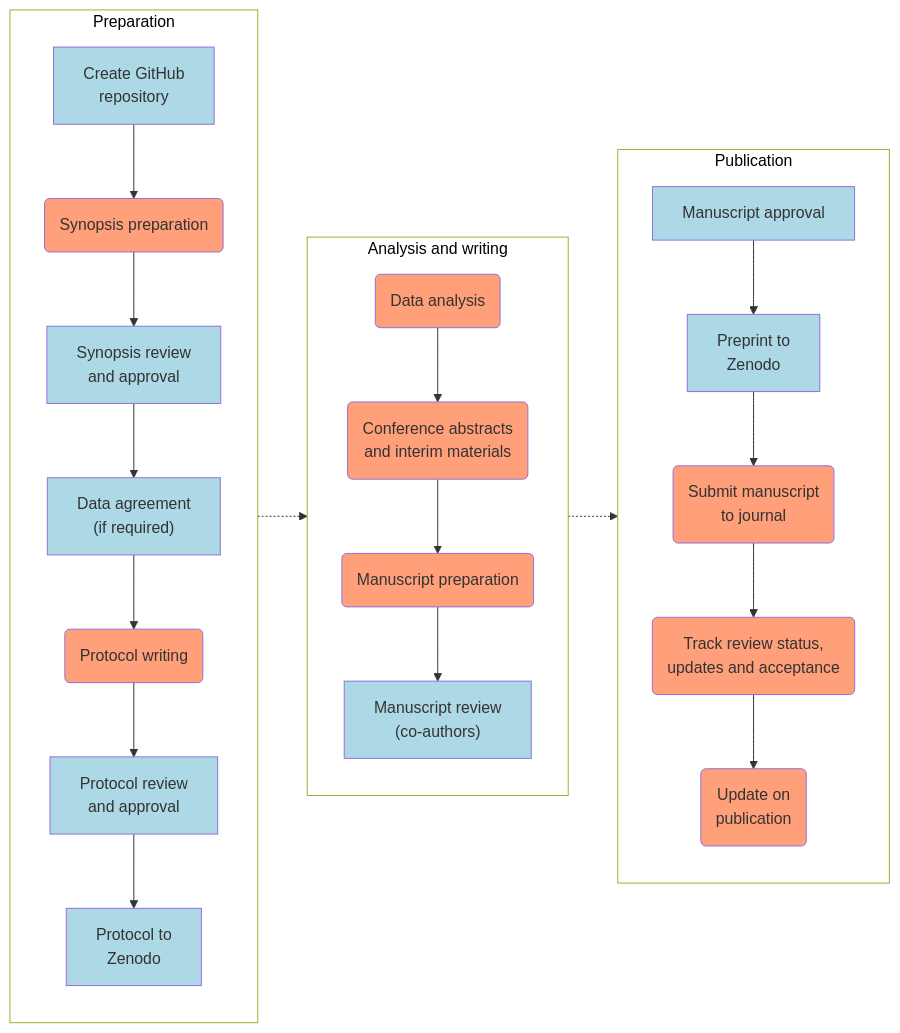
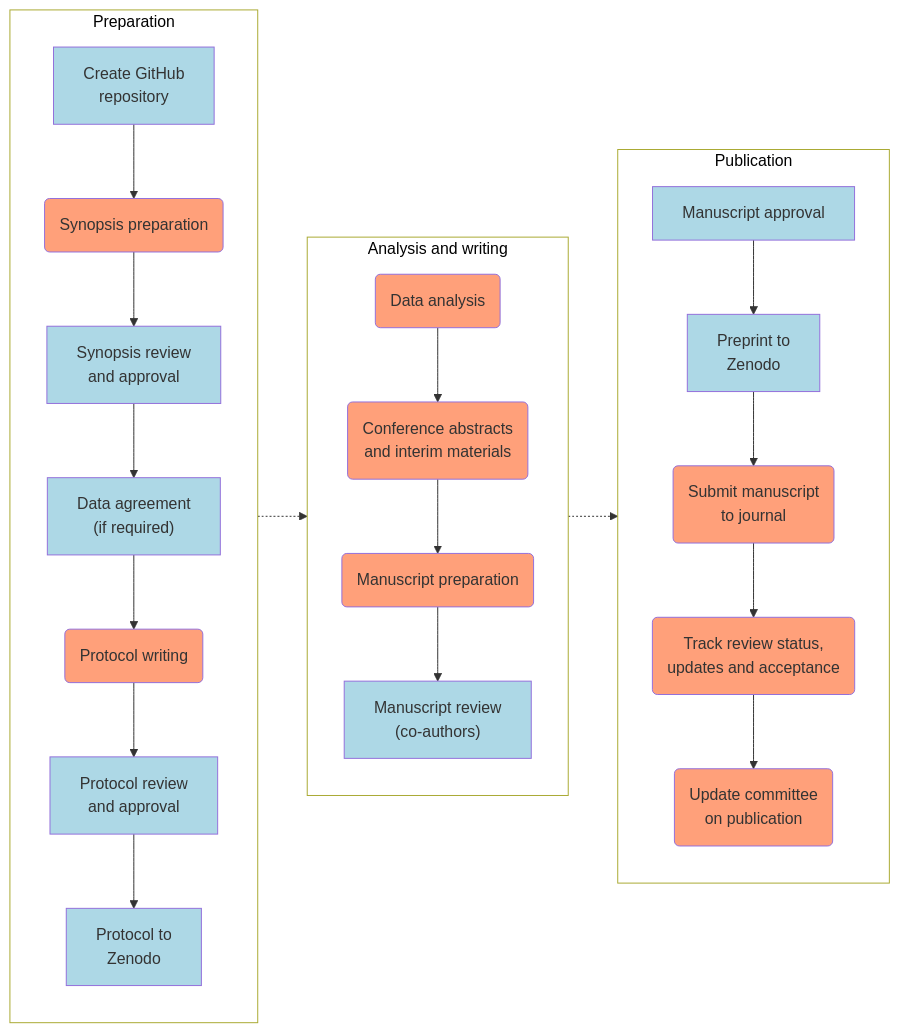
One commit to dp-next/wp1-ros changed the diagram in managing/publishing.qmd. Above: the diagram before and after it, drawn with Mermaid. The commit also changed other lines of this file, not shown here.

````diff
--- a/managing/publishing.qmd
+++ b/managing/publishing.qmd
@@ -132,43 +12,43 @@
 ```{mermaid}
 %%| label: fig-publication-steps
 %%| fig-cap: "Publication steps to follow during the life cycle of a DP-Next project. The rounded boxes in orange are tasks you are responsible for doing. The rectangular ones in light blue are for the committee members to do."
 %%| fig-alt: "Boxes and arrows indicating the flow of tasks from preparation to publication. The boxes are colored according to whether they are the responsibility of the authors or the committee members. These tasks are visual representations of the text below."
 graph LR
     subgraph S1["Preparation"]
       A["Create GitHub<br>repository"]:::ours
       B1("Synopsis preparation"):::yours
       B2["Synopsis review<br>and approval"]:::ours
       C["Data agreement<br>(if required)"]:::ours
       D1("Protocol writing"):::yours
       D2["Protocol review<br>and approval"]:::ours
       D3["Protocol to<br>Zenodo"]:::ours
       A --> B1 --> B2 --> C --> D1 --> D2 --> D3
     end
 
     subgraph S2["Analysis and writing"]
       E("Data analysis"):::yours
       F("Conference abstracts<br>and interim materials"):::yours
       G1("Manuscript preparation"):::yours
       G2["Manuscript review<br>(co-authors)"]:::ours
       E --> F --> G1 --> G2
     end
 
     subgraph S3["Publication"]
       H1["Manuscript approval"]:::ours
       H2["Preprint to<br>Zenodo"]:::ours
       I["GitHub repository<br>to Zenodo"]:::ours
       I("Submit manuscript<br>to journal"):::yours
       J("Track review status,<br>updates and acceptance"):::yours
-      K("Update on<br>publication"):::yours
+      K("Update committee<br>on publication"):::yours
       H1 --> H2 --> I --> J --> K
     end
 
     S1 -.-> S2
     S2 -.-> S3
 
     style S1 fill:#FFFFFF, color:#000000
     style S2 fill:#FFFFFF, color:#000000
     style S3 fill:#FFFFFF, color:#000000
     classDef ours fill:#ADD8E6;
     classDef yours fill:#FFA07A;
 ```
````
